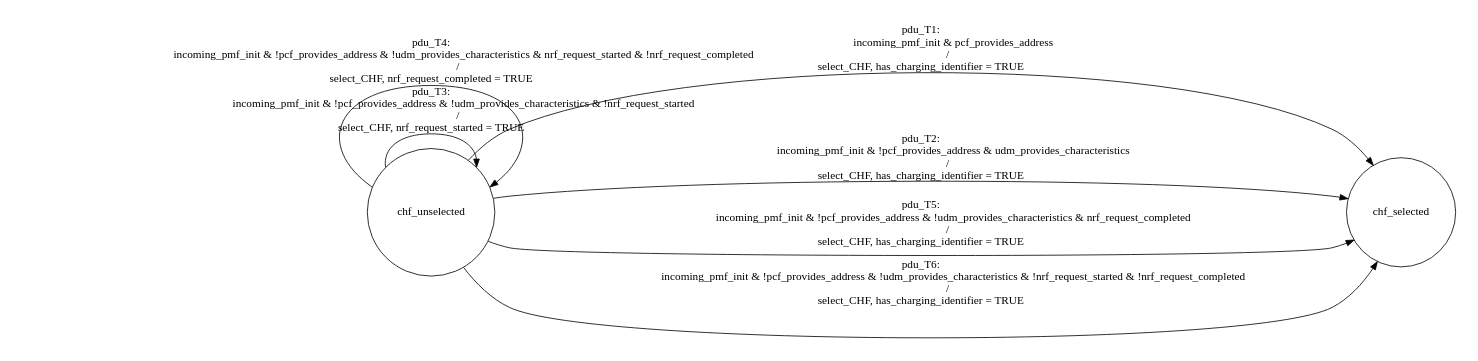
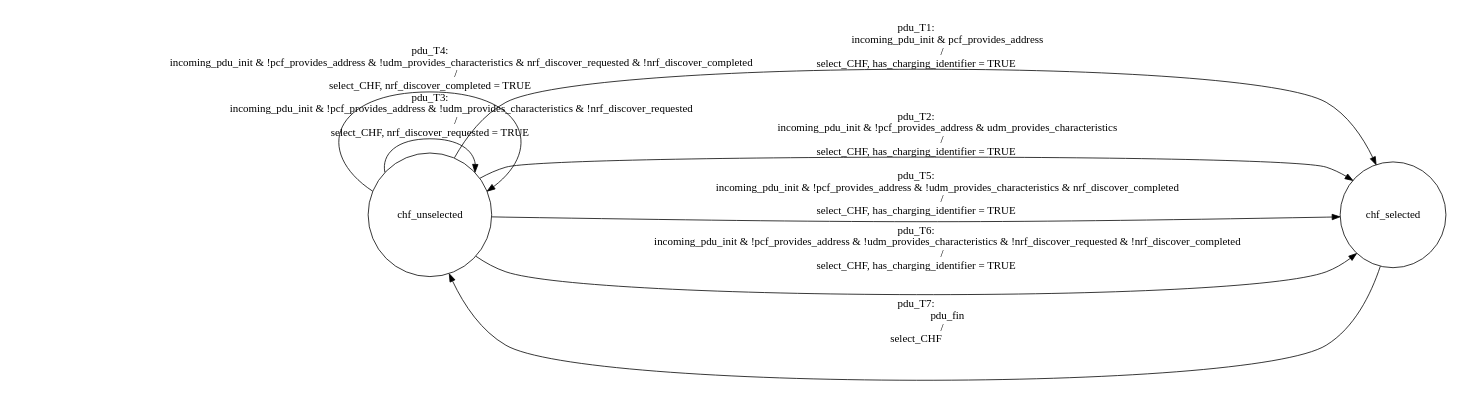
One commit to lyonthezhang/CHFInspector changed the diagram in SMF.dot. Above: the diagram before and after it, drawn with Graphviz. The commit also changed 2 other files, not shown here.

```diff
--- a/SMF.dot
+++ b/SMF.dot
@@ -1,30 +1,34 @@
 digraph SMF{
 rankdir = LR;
 size = "8,5"
 node [shape = circle, label="chf_unselected"]chf_unselected;
 node [shape = circle, label="chf_selected"]chf_selected;
 chf_unselected -> chf_selected [label = "pdu_T1: 
-                        incoming_pmf_init & pcf_provides_address
+                        incoming_pdu_init & pcf_provides_address
                     /
 select_CHF, has_charging_identifier = TRUE"]
 chf_unselected -> chf_selected [label = "pdu_T2: 
-                        incoming_pmf_init & !pcf_provides_address & udm_provides_characteristics
+                        incoming_pdu_init & !pcf_provides_address & udm_provides_characteristics
                     /
 select_CHF, has_charging_identifier = TRUE"]
 chf_unselected -> chf_unselected [label = "pdu_T3: 
-                        incoming_pmf_init & !pcf_provides_address & !udm_provides_characteristics & !nrf_request_started
+                        incoming_pdu_init & !pcf_provides_address & !udm_provides_characteristics & !nrf_discover_requested
                     /
-select_CHF, nrf_request_started = TRUE"]
+select_CHF, nrf_discover_requested = TRUE"]
 chf_unselected -> chf_unselected [label = "pdu_T4: 
-                        incoming_pmf_init & !pcf_provides_address & !udm_provides_characteristics & nrf_request_started & !nrf_request_completed
+                        incoming_pdu_init & !pcf_provides_address & !udm_provides_characteristics & nrf_discover_requested & !nrf_discover_completed
                     /
-select_CHF, nrf_request_completed = TRUE"]
+select_CHF, nrf_discover_completed = TRUE"]
 chf_unselected -> chf_selected [label = "pdu_T5: 
-                        incoming_pmf_init & !pcf_provides_address & !udm_provides_characteristics & nrf_request_completed
+                        incoming_pdu_init & !pcf_provides_address & !udm_provides_characteristics & nrf_discover_completed
                     /
 select_CHF, has_charging_identifier = TRUE"]
 chf_unselected -> chf_selected [label = "pdu_T6: 
-                        incoming_pmf_init & !pcf_provides_address & !udm_provides_characteristics & !nrf_request_started & !nrf_request_completed
+                        incoming_pdu_init & !pcf_provides_address & !udm_provides_characteristics & !nrf_discover_requested & !nrf_discover_completed
                     /
 select_CHF, has_charging_identifier = TRUE"]
+chf_selected -> chf_unselected [label = "pdu_T7: 
+                        pdu_fin
+                    /
+select_CHF"]
 }
```
